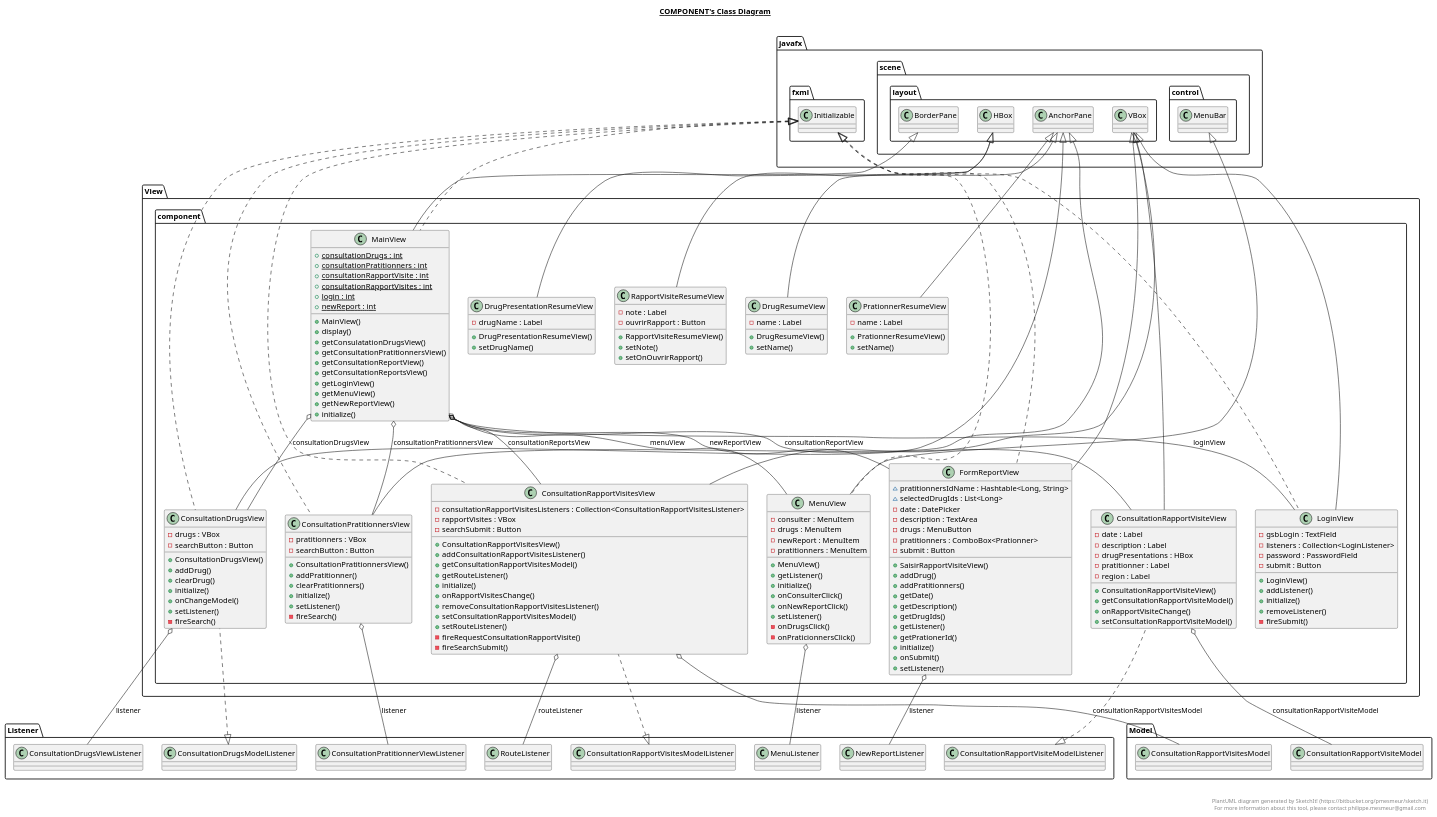
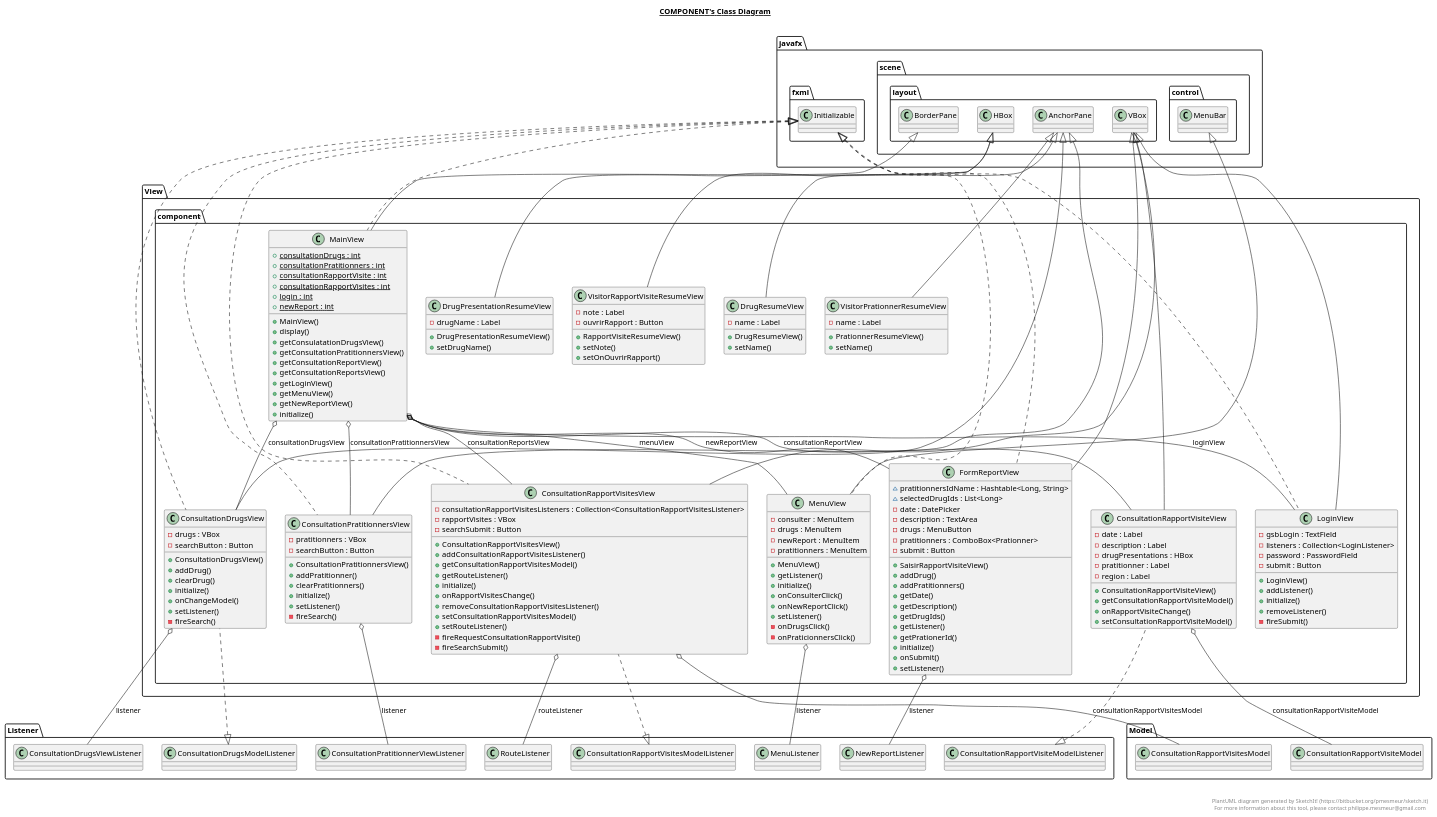
One commit to yannickTilly/appliVisiteurCli changed the diagram in src/main/java/View/component/component.plantuml. Above: the diagram before and after it, drawn with PlantUML. The commit also changed 60 other files, not shown here.

```diff
--- a/src/main/java/View/component/component.plantuml
+++ b/src/main/java/View/component/component.plantuml
@@ -155,7 +155,7 @@
 
   
     namespace View.component {
-      class View.component.PrationnerResumeView {
+      class View.component.VisitorPrationnerResumeView {
           - name : Label
           + PrationnerResumeView()
           + setName()
@@ -166,7 +166,7 @@
 
   
     namespace View.component {
-      class View.component.RapportVisiteResumeView {
+      class View.component.VisitorRapportVisiteResumeView {
           - note : Label
           - ouvrirRapport : Button
           + RapportVisiteResumeView()
@@ -234,8 +234,8 @@
   View.component.MenuView .up.|> javafx.fxml.Initializable
   View.component.MenuView -up-|> javafx.scene.control.MenuBar
   View.component.MenuView o-- Listener.MenuListener : listener
-  View.component.PrationnerResumeView -up-|> javafx.scene.layout.AnchorPane
-  View.component.RapportVisiteResumeView -up-|> javafx.scene.layout.HBox
+  View.component.VisitorPrationnerResumeView -up-|> javafx.scene.layout.AnchorPane
+  View.component.VisitorRapportVisiteResumeView -up-|> javafx.scene.layout.HBox
   View.component.FormReportView .up.|> javafx.fxml.Initializable
   View.component.FormReportView -up-|> javafx.scene.layout.VBox
   View.component.FormReportView o-- Listener.NewReportListener : listener
```
